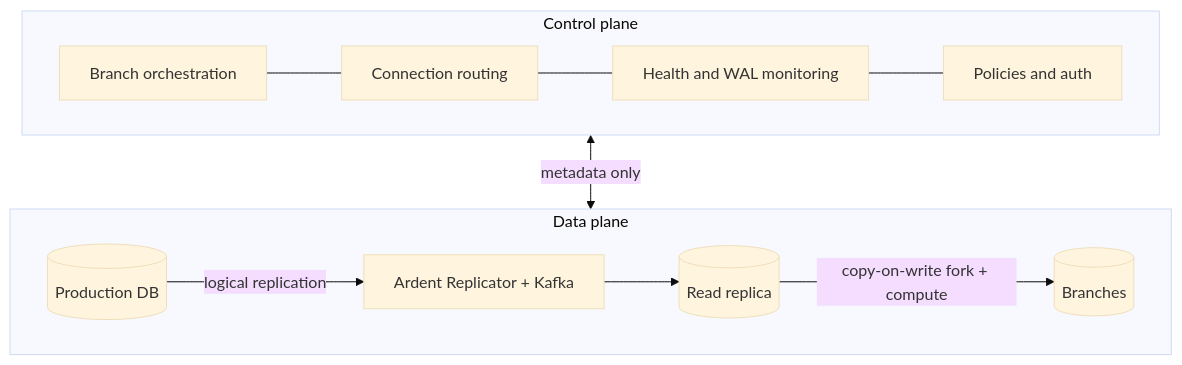
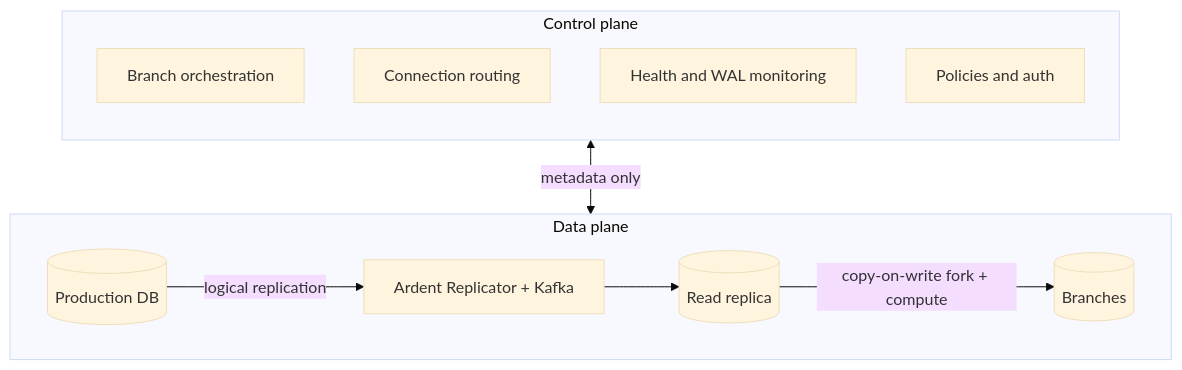
The diagram in architecture.mdx (ArdentAILabs/docs), drawn with Mermaid (base theme) before and after one commit.

Commit message:
docs(architecture): control plane diagram without false pipeline order
Made-with: Cursor

````diff
--- a/architecture.mdx
+++ b/architecture.mdx
@@ -15,14 +15,17 @@
 ```mermaid actions={false}
 flowchart TB
     subgraph CP["Control plane"]
-        direction LR
-        ORCH["Branch orchestration"] --- ROUTE["Connection routing"] --- HEALTH["Health and WAL monitoring"] --- POL["Policies and auth"]
+        direction TB
+        ORCH["Branch orchestration"]
+        ROUTE["Connection routing"]
+        HEALTH["Health and WAL monitoring"]
+        POL["Policies and auth"]
     end
     subgraph DP["Data plane"]
         direction LR
         PROD[("Production DB")] -->|logical replication| AR["Ardent Replicator + Kafka"]
         AR --> REP[("Read replica")]
         REP -->|copy-on-write fork + compute| BR[("Branches")]
     end
     CP <-->|metadata only| DP
 ```
````
